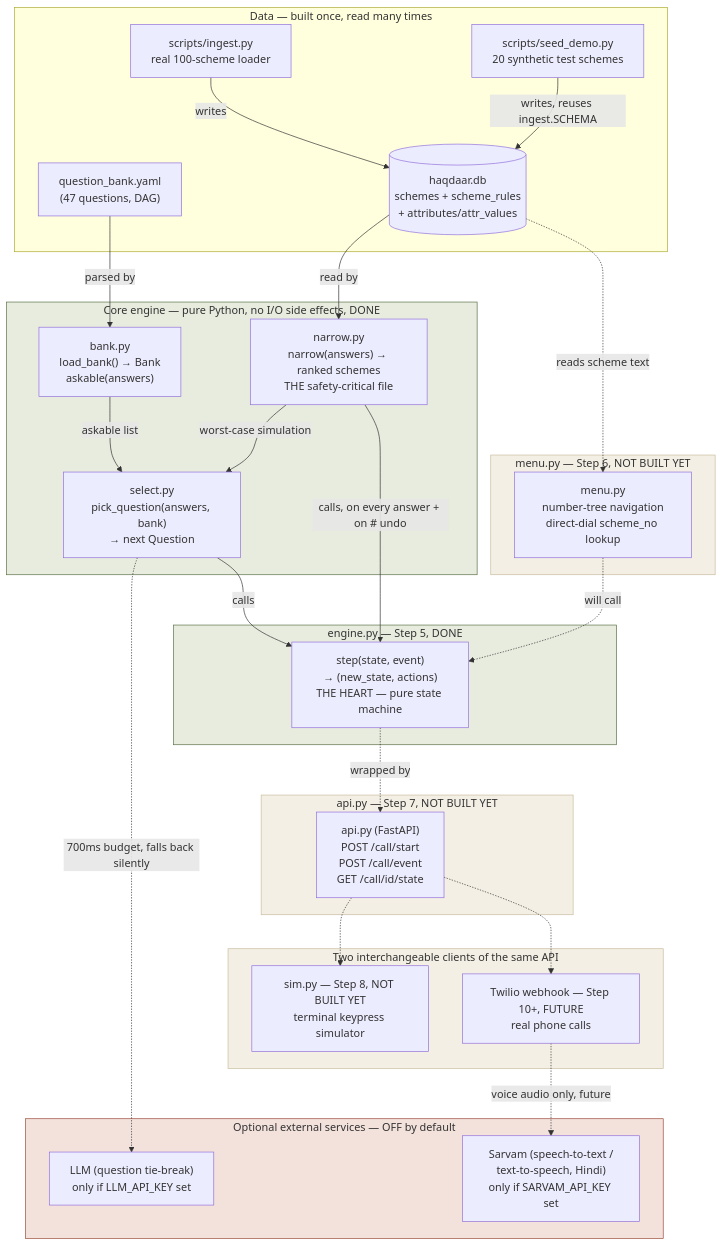
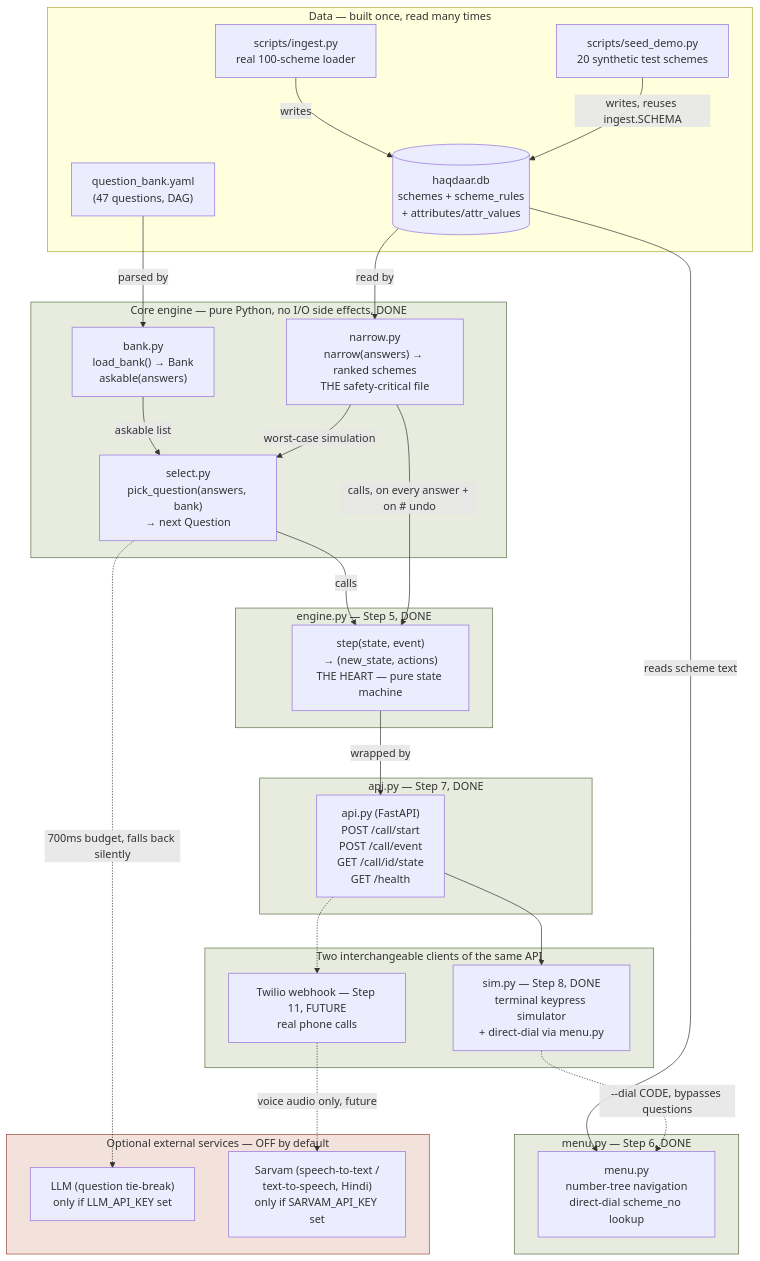
One commit to agarwaladarshcoding-maker/haqdaar-call-bot changed the diagram in ARCHITECTURE.md. Above: the diagram before and after it, drawn with Mermaid. The commit also changed other lines of this file and 1 other file, not shown here.

First line of the commit message:
Update ARCHITECTURE.md and ROADMAP.md for Steps 6-8

````diff
--- a/ARCHITECTURE.md
+++ b/ARCHITECTURE.md
@@ -24,59 +26,59 @@
 ```mermaid
 flowchart TB
     subgraph data["Data — built once, read many times"]
         YAML["question_bank.yaml<br/>(47 questions, DAG)"]
         SQLITE[("haqdaar.db<br/>schemes + scheme_rules<br/>+ attributes/attr_values")]
         INGEST["scripts/ingest.py<br/>real 100-scheme loader"]
         SEED["scripts/seed_demo.py<br/>20 synthetic test schemes"]
         INGEST -->|writes| SQLITE
         SEED -->|writes, reuses ingest.SCHEMA| SQLITE
     end
 
     subgraph core["Core engine — pure Python, no I/O side effects, DONE"]
         BANK["bank.py<br/>load_bank() → Bank<br/>askable(answers)"]
         NARROW["narrow.py<br/>narrow(answers) → ranked schemes<br/>THE safety-critical file"]
         SELECT["select.py<br/>pick_question(answers, bank)<br/>→ next Question"]
         YAML -->|parsed by| BANK
         SQLITE -->|read by| NARROW
         BANK -->|askable list| SELECT
         NARROW -->|worst-case simulation| SELECT
     end
 
     subgraph heart["engine.py — Step 5, DONE"]
         ENGINE["step(state, event)<br/>→ (new_state, actions)<br/>THE HEART — pure state machine"]
         SELECT -->|calls| ENGINE
         NARROW -->|calls, on every answer + on # undo| ENGINE
     end
 
-    subgraph menu_layer["menu.py — Step 6, NOT BUILT YET"]
+    subgraph menu_layer["menu.py — Step 6, DONE"]
         MENU["menu.py<br/>number-tree navigation<br/>direct-dial scheme_no lookup"]
-        SQLITE -.->|reads scheme text| MENU
-        MENU -.->|will call| ENGINE
+        SQLITE -->|reads scheme text| MENU
     end
 
-    subgraph surface["api.py — Step 7, NOT BUILT YET"]
-        API["api.py (FastAPI)<br/>POST /call/start<br/>POST /call/event<br/>GET /call/id/state"]
-        ENGINE -.->|wrapped by| API
+    subgraph surface["api.py — Step 7, DONE"]
+        API["api.py (FastAPI)<br/>POST /call/start<br/>POST /call/event<br/>GET /call/id/state<br/>GET /health"]
+        ENGINE -->|wrapped by| API
     end
 
     subgraph clients["Two interchangeable clients of the same API"]
-        SIM["sim.py — Step 8, NOT BUILT YET<br/>terminal keypress simulator"]
-        TWILIO["Twilio webhook — Step 10+, FUTURE<br/>real phone calls"]
-        API -.-> SIM
+        SIM["sim.py — Step 8, DONE<br/>terminal keypress simulator<br/>+ direct-dial via menu.py"]
+        TWILIO["Twilio webhook — Step 11, FUTURE<br/>real phone calls"]
+        API --> SIM
+        SIM -.->|--dial CODE, bypasses questions| MENU
         API -.-> TWILIO
     end
 
     subgraph optional["Optional external services — OFF by default"]
         LLM["LLM (question tie-break)<br/>only if LLM_API_KEY set"]
         SARVAM["Sarvam (speech-to-text /<br/>text-to-speech, Hindi)<br/>only if SARVAM_API_KEY set"]
         SELECT -.->|700ms budget, falls back silently| LLM
         TWILIO -.->|voice audio only, future| SARVAM
     end
 
     style core fill:#e7ecde,stroke:#5c7048
     style heart fill:#e7ecde,stroke:#5c7048
-    style menu_layer fill:#f3efe4,stroke:#c9bd9f
-    style surface fill:#f3efe4,stroke:#c9bd9f
-    style clients fill:#f3efe4,stroke:#c9bd9f
+    style menu_layer fill:#e7ecde,stroke:#5c7048
+    style surface fill:#e7ecde,stroke:#5c7048
+    style clients fill:#e7ecde,stroke:#5c7048
     style optional fill:#f3e2dc,stroke:#9b4a3a
 ```
````
